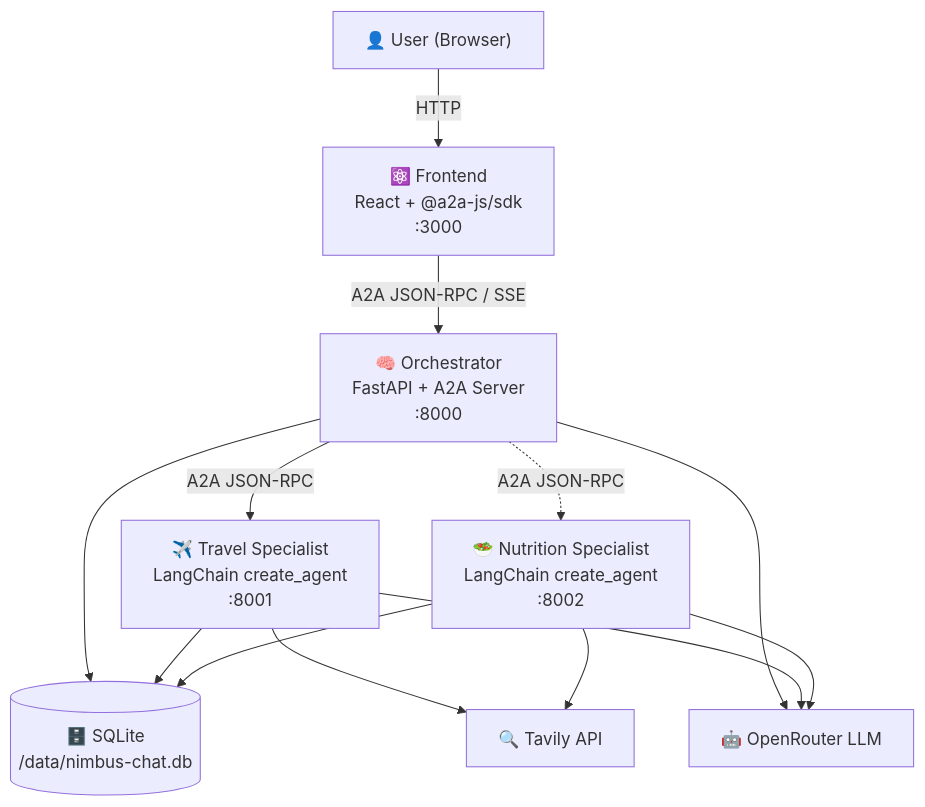
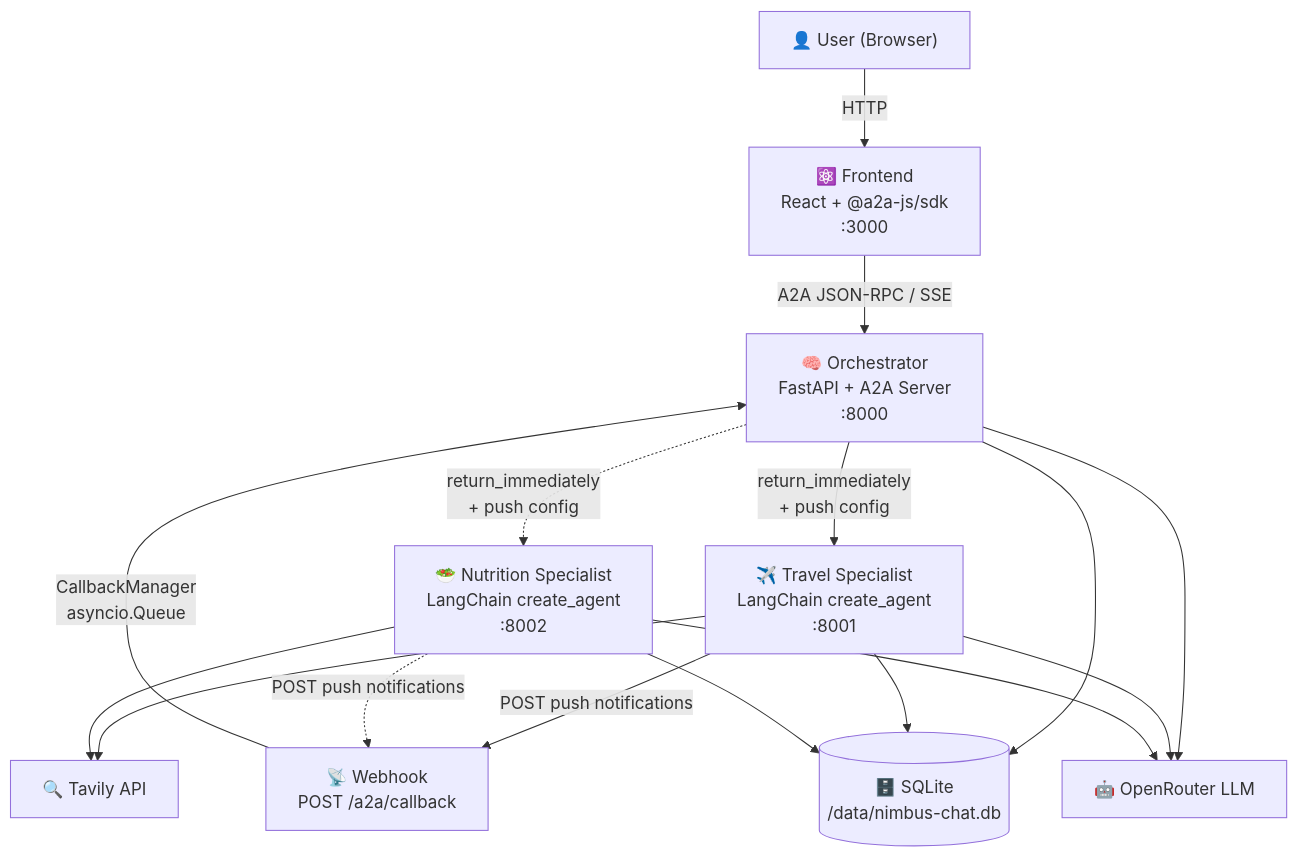
One commit to chandra447/nimbus-chat changed the first of 7 diagrams in README.md. Above: the diagram before and after it, drawn with Mermaid. The commit also changed other lines of this file and 4 other files, not shown here.

````diff
--- a/README.md
+++ b/README.md
@@ -22,24 +22,28 @@
 ```mermaid
 graph TB
     User["👤 User (Browser)"]
     FE["⚛️ Frontend<br/>React + @a2a-js/sdk<br/>:3000"]
     ORC["🧠 Orchestrator<br/>FastAPI + A2A Server<br/>:8000"]
+    WH["📡 Webhook<br/>POST /a2a/callback"]
     TS["✈️ Travel Specialist<br/>LangChain create_agent<br/>:8001"]
     NS["🥗 Nutrition Specialist<br/>LangChain create_agent<br/>:8002"]
     DB[("🗄️ SQLite<br/>/data/nimbus-chat.db")]
     Tavily["🔍 Tavily API"]
     LLM["🤖 OpenRouter LLM"]
 
     User -->|HTTP| FE
     FE -->|A2A JSON-RPC / SSE| ORC
-    ORC -->|A2A JSON-RPC| TS
-    ORC -.->|A2A JSON-RPC| NS
+    ORC -->|return_immediately<br/>+ push config| TS
+    ORC -.->|return_immediately<br/>+ push config| NS
+    TS -->|POST push notifications| WH
+    NS -.->|POST push notifications| WH
+    WH -->|CallbackManager<br/>asyncio.Queue| ORC
     ORC --> DB
     TS --> DB
     NS --> DB
     TS --> Tavily
     NS --> Tavily
     ORC --> LLM
     TS --> LLM
     NS --> LLM
 ```
````
